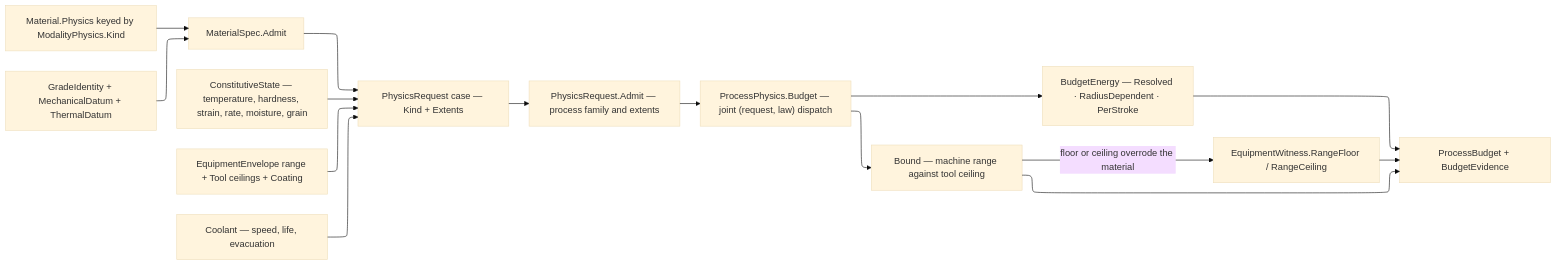
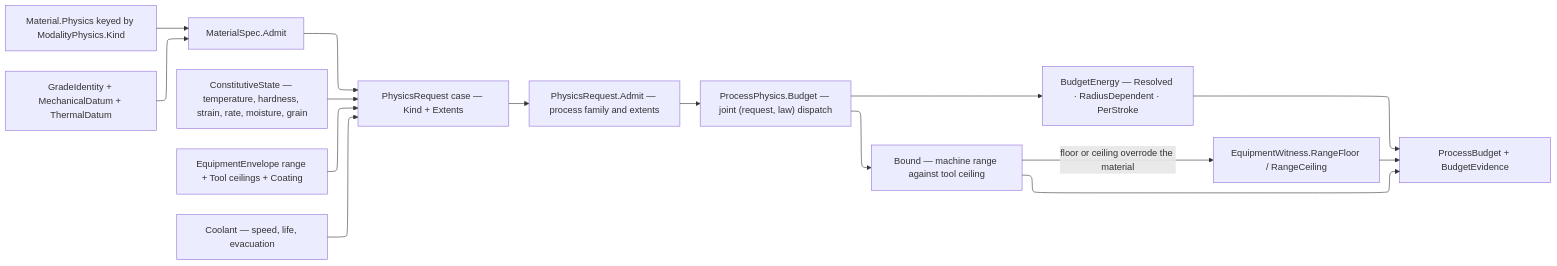
The diagram in libs/csharp/Rasm.Fabrication/.planning/Process/physics.md (bsamiee/Rasm), drawn with Mermaid before and after one commit. The commit also changed 324 other files, not shown here.

````diff
--- a/libs/csharp/Rasm.Fabrication/.planning/Process/physics.md
+++ b/libs/csharp/Rasm.Fabrication/.planning/Process/physics.md
@@ -1366,25 +1366,23 @@
 ```mermaid
 ---
 config:
-  theme: base
-  look: classic
   layout: elk
 ---
 flowchart LR
     accTitle: Constitutive physics and budget flow
     accDescr: Material family baselines keyed by each law's own physics kind combine with the grade datum, constitutive state, equipment columns, and coolant delivery into one admitted request whose joint dispatch returns a process-specific budget carrying its clamp witnesses and energy closure.
     Family["Material.Physics keyed by ModalityPhysics.Kind"] --> Spec["MaterialSpec.Admit"]
     Grade["GradeIdentity + MechanicalDatum + ThermalDatum"] --> Spec
     Spec --> Request["PhysicsRequest case — Kind + Extents"]
     State["ConstitutiveState — temperature, hardness, strain, rate, moisture, grain"] --> Request
     Tool["EquipmentEnvelope range + Tool ceilings + Coating"] --> Request
     Delivery["Coolant — speed, life, evacuation"] --> Request
     Request --> Admit["PhysicsRequest.Admit — process family and extents"]
     Admit --> Budget["ProcessPhysics.Budget — joint (request, law) dispatch"]
     Budget --> Bound["Bound — machine range against tool ceiling"]
     Bound --> Receipt["ProcessBudget + BudgetEvidence"]
     Bound -->|floor or ceiling overrode the material| Clamped["EquipmentWitness.RangeFloor / RangeCeiling"]
     Clamped --> Receipt
     Budget --> Energy["BudgetEnergy — Resolved · RadiusDependent · PerStroke"]
     Energy --> Receipt
 ```
````
